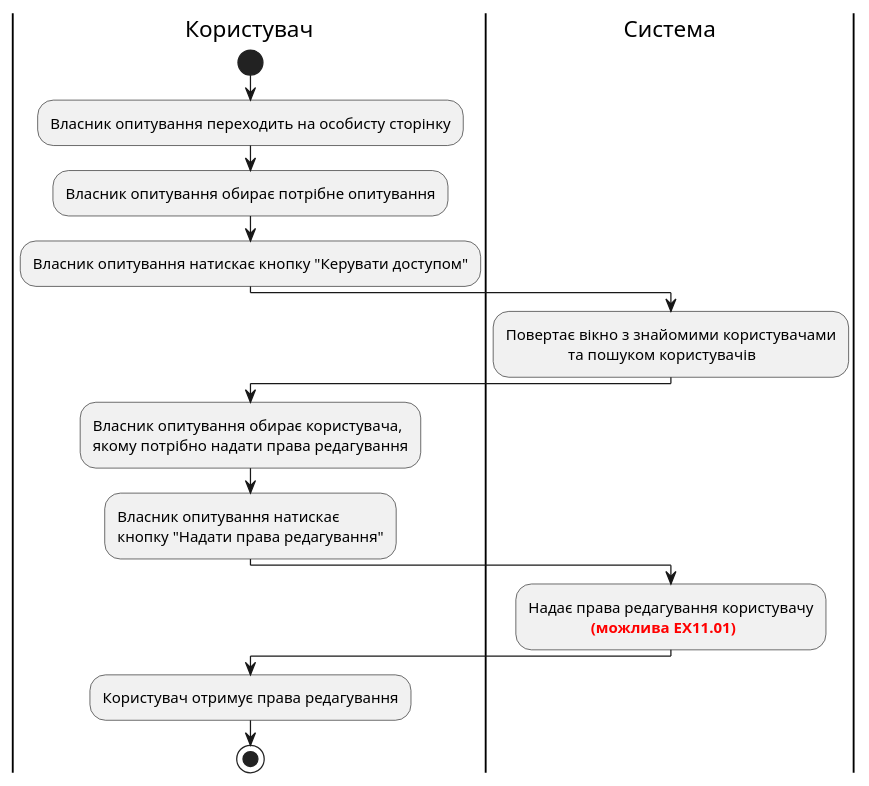
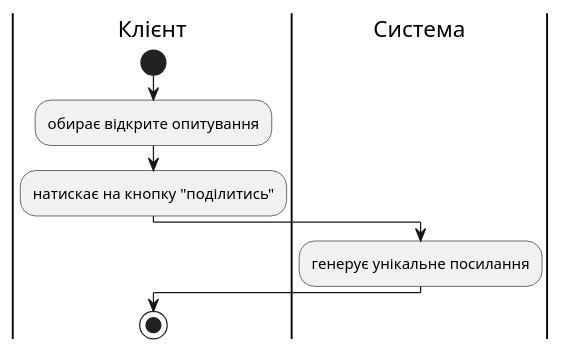
Diagram 14 of 15 in docs/use cases/README.md (xivihwa/edu-db-cw-group1_violetta), drawn with PlantUML before and after one commit. The commit also changed other lines of this file, not shown here.

```diff
--- a/docs/use cases/README.md
+++ b/docs/use cases/README.md
@@ -427,23 +543,13 @@
 @startuml
 
-|Користувач|
-start;
-:Власник опитування переходить на особисту сторінку;
-:Власник опитування обирає потрібне опитування;
-:Власник опитування натискає кнопку "Керувати доступом";
+    |Клієнт|
+    start;
+    :обирає відкрите опитування;
+    :натискає на кнопку "поділитись";
 
-|Система|
-:Повертає вікно з знайомими користувачами\n\t\tта пошуком користувачів;
-
-|Користувач|
-:Власник опитування обирає користувача,\nякому потрібно надати права редагування;
-:Власник опитування натискає\nкнопку "Надати права редагування";
-
-|Система|
-:Надає права редагування користувачу\n\t\t<font color="red"><b>(можлива ЕХ11.01);
-
-|Користувач|
-:Користувач отримує права редагування;
-stop;
+    |Система| 
+    :генерує унікальне посилання; 
+    |Клієнт|  
+    stop; 
 
 @enduml
```
